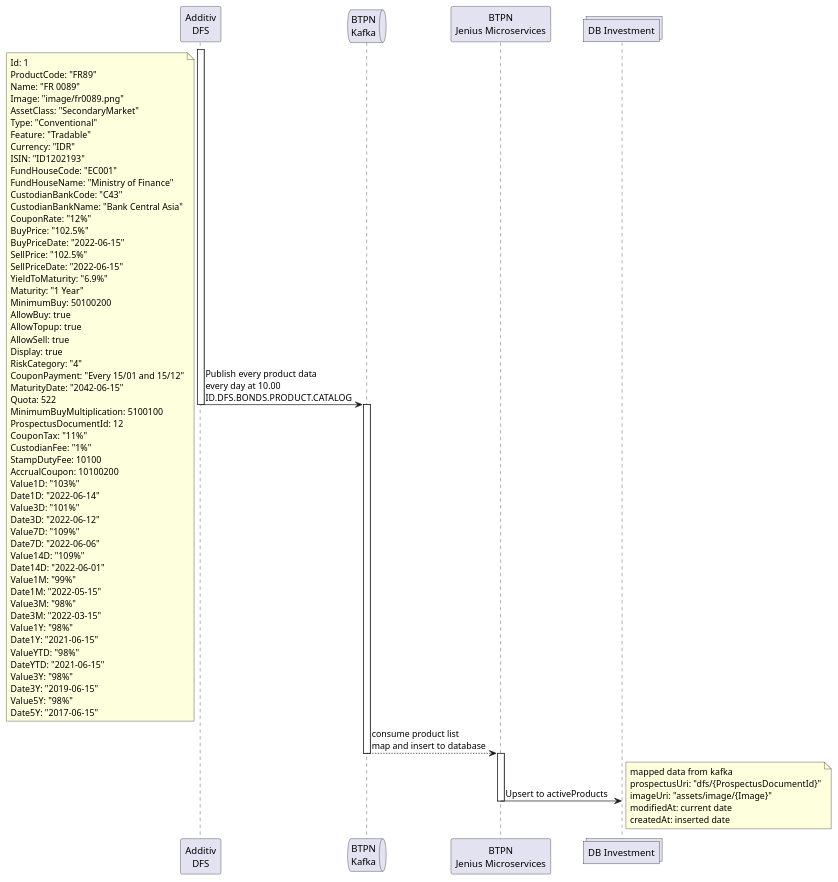
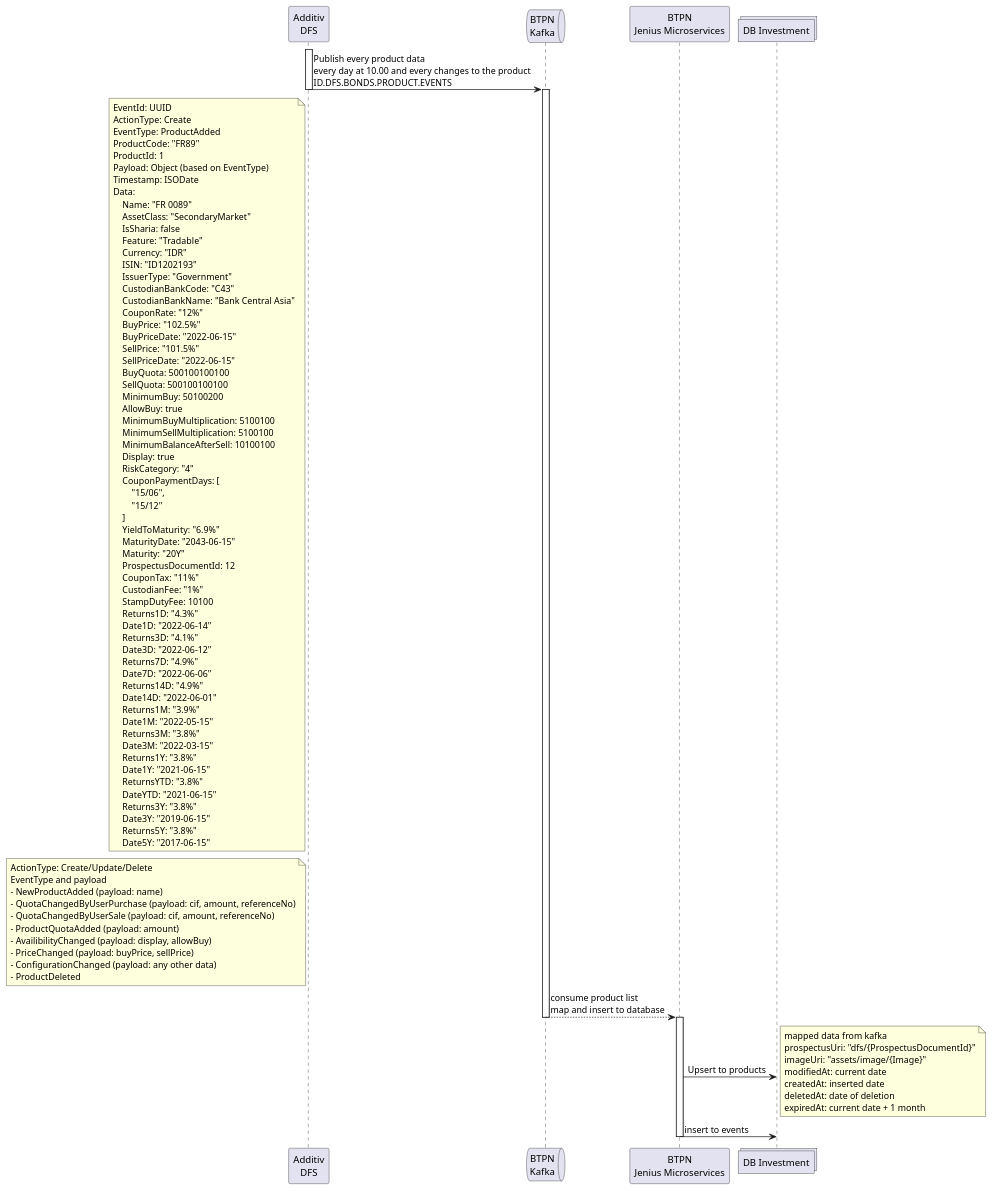
Before and after one commit to iksena/jenius-uml: the diagram in bonds/high_product.puml, drawn with PlantUML. The commit also changed 8 other files, not shown here.

```diff
--- a/bonds/high_product.puml
+++ b/bonds/high_product.puml
@@ -1,81 +1,103 @@
 @startuml products
 participant "Additiv\nDFS" as dfs
 queue "BTPN\nKafka" as kafka
 participant "BTPN\nJenius Microservices" as ms
 collections "DB Investment" as db
 
 activate dfs
-dfs -> kafka: Publish every product data\nevery day at 10.00\nID.DFS.BONDS.PRODUCT.CATALOG
-note left
-Id: 1
+dfs -> kafka: Publish every product data\nevery day at 10.00 and every changes to the product\nID.DFS.BONDS.PRODUCT.EVENTS
+note left of dfs
+EventId: UUID
+ActionType: Create
+EventType: ProductAdded
 ProductCode: "FR89"
-Name: "FR 0089"
-Image: "image/fr0089.png"
-AssetClass: "SecondaryMarket"
-Type: "Conventional"
-Feature: "Tradable"
-Currency: "IDR"
-ISIN: "ID1202193"
-FundHouseCode: "EC001"
-FundHouseName: "Ministry of Finance"
-CustodianBankCode: "C43"
-CustodianBankName: "Bank Central Asia"
-CouponRate: "12%"
-BuyPrice: "102.5%"
-BuyPriceDate: "2022-06-15"
-SellPrice: "102.5%"
-SellPriceDate: "2022-06-15"
-YieldToMaturity: "6.9%"
-Maturity: "1 Year"
-MinimumBuy: 50100200
-AllowBuy: true
-AllowTopup: true
-AllowSell: true
-Display: true
-RiskCategory: "4"
-CouponPayment: "Every 15/01 and 15/12"
-MaturityDate: "2042-06-15"
-Quota: 522
-MinimumBuyMultiplication: 5100100
-ProspectusDocumentId: 12
-CouponTax: "11%"
-CustodianFee: "1%"
-StampDutyFee: 10100
-AccrualCoupon: 10100200
-Value1D: "103%"
-Date1D: "2022-06-14"
-Value3D: "101%"
-Date3D: "2022-06-12"
-Value7D: "109%"
-Date7D: "2022-06-06"
-Value14D: "109%"
-Date14D: "2022-06-01"
-Value1M: "99%"
-Date1M: "2022-05-15"
-Value3M: "98%"
-Date3M: "2022-03-15"
-Value1Y: "98%"
-Date1Y: "2021-06-15"
-ValueYTD: "98%"
-DateYTD: "2021-06-15"
-Value3Y: "98%"
-Date3Y: "2019-06-15"
-Value5Y: "98%"
-Date5Y: "2017-06-15"
+ProductId: 1
+Payload: Object (based on EventType)
+Timestamp: ISODate
+Data:
+    Name: "FR 0089"
+    AssetClass: "SecondaryMarket"
+    IsSharia: false
+    Feature: "Tradable"
+    Currency: "IDR"
+    ISIN: "ID1202193"
+    IssuerType: "Government"
+    CustodianBankCode: "C43"
+    CustodianBankName: "Bank Central Asia"
+    CouponRate: "12%"
+    BuyPrice: "102.5%"
+    BuyPriceDate: "2022-06-15"
+    SellPrice: "101.5%"
+    SellPriceDate: "2022-06-15"
+    BuyQuota: 500100100100
+    SellQuota: 500100100100
+    MinimumBuy: 50100200
+    AllowBuy: true
+    MinimumBuyMultiplication: 5100100
+    MinimumSellMultiplication: 5100100
+    MinimumBalanceAfterSell: 10100100
+    Display: true
+    RiskCategory: "4"
+    CouponPaymentDays: [
+        "15/06",
+        "15/12"
+    ]
+    YieldToMaturity: "6.9%"
+    MaturityDate: "2043-06-15"
+    Maturity: "20Y"
+    ProspectusDocumentId: 12
+    CouponTax: "11%"
+    CustodianFee: "1%"
+    StampDutyFee: 10100
+    Returns1D: "4.3%"
+    Date1D: "2022-06-14"
+    Returns3D: "4.1%"
+    Date3D: "2022-06-12"
+    Returns7D: "4.9%"
+    Date7D: "2022-06-06"
+    Returns14D: "4.9%"
+    Date14D: "2022-06-01"
+    Returns1M: "3.9%"
+    Date1M: "2022-05-15"
+    Returns3M: "3.8%"
+    Date3M: "2022-03-15"
+    Returns1Y: "3.8%"
+    Date1Y: "2021-06-15"
+    ReturnsYTD: "3.8%"
+    DateYTD: "2021-06-15"
+    Returns3Y: "3.8%"
+    Date3Y: "2019-06-15"
+    Returns5Y: "3.8%"
+    Date5Y: "2017-06-15"
+end note
+note left of dfs
+ActionType: Create/Update/Delete
+EventType and payload
+- NewProductAdded (payload: name)
+- QuotaChangedByUserPurchase (payload: cif, amount, referenceNo)
+- QuotaChangedByUserSale (payload: cif, amount, referenceNo)
+- ProductQuotaAdded (payload: amount)
+- AvailibilityChanged (payload: display, allowBuy)
+- PriceChanged (payload: buyPrice, sellPrice)
+- ConfigurationChanged (payload: any other data)
+- ProductDeleted
 end note
 deactivate dfs
 activate kafka
 kafka --> ms: consume product list\nmap and insert to database
 deactivate kafka
 activate ms
-ms -> db: Upsert to activeProducts
+ms -> db: Upsert to products
 note right
 mapped data from kafka
 prospectusUri: "dfs/{ProspectusDocumentId}"
 imageUri: "assets/image/{Image}"
 modifiedAt: current date
 createdAt: inserted date
+deletedAt: date of deletion
+expiredAt: current date + 1 month
 end note
+ms -> db: insert to events
 deactivate ms
 
 @enduml
```
